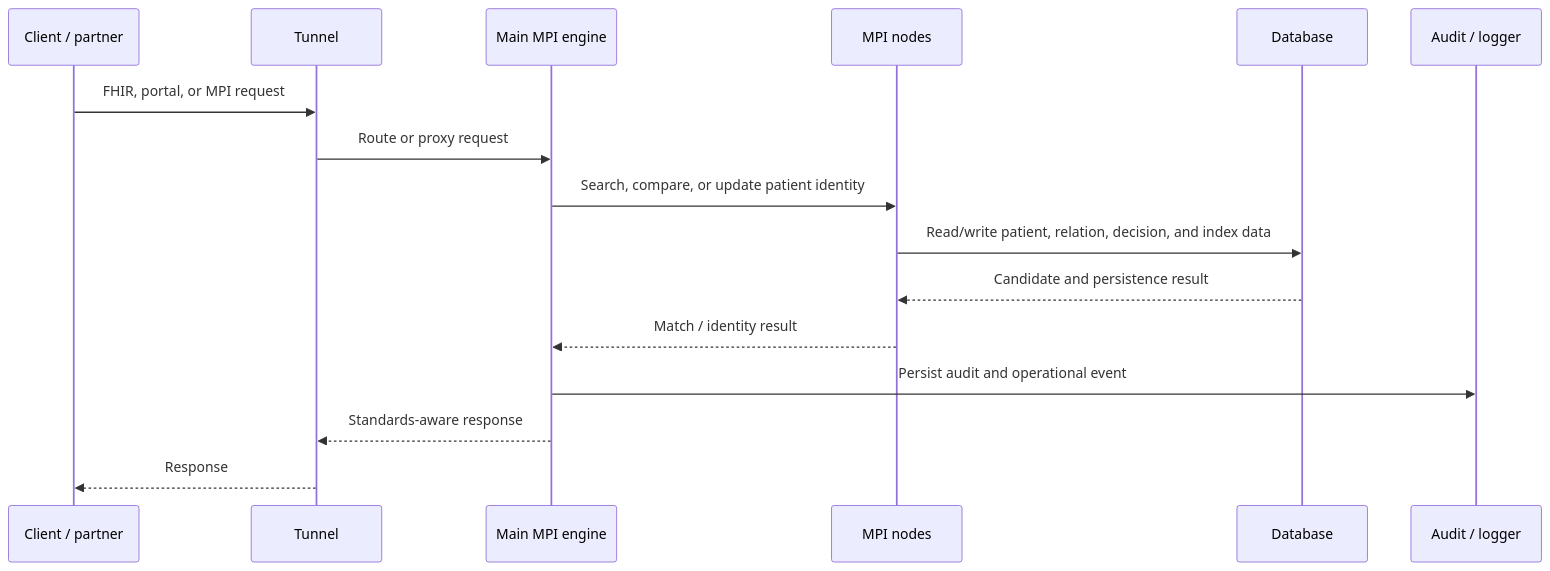
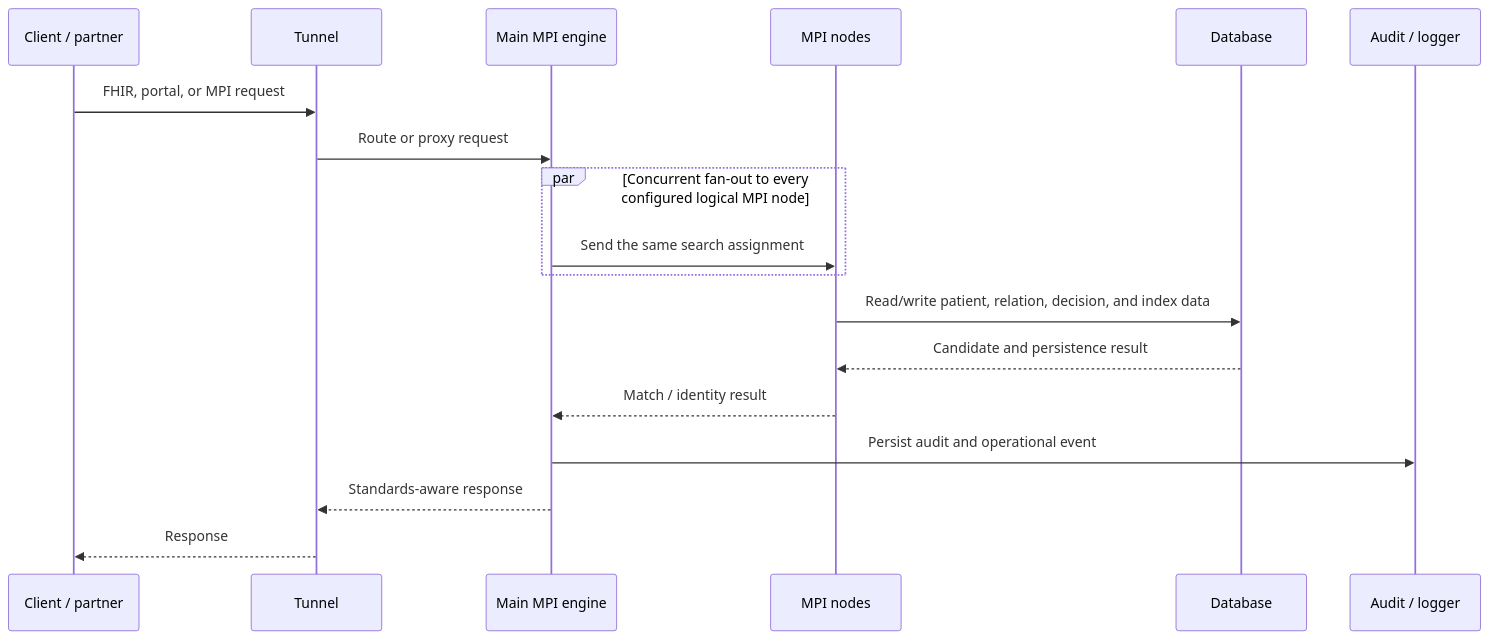
One commit to arnav338/helloworld changed the second of 3 diagrams in MPI-HIE-Presentation-Notes.md. Above: the diagram before and after it, drawn with Mermaid. The commit also changed other lines of this file and 9 other files, not shown here.

````diff
--- a/MPI-HIE-Presentation-Notes.md
+++ b/MPI-HIE-Presentation-Notes.md
@@ -41,19 +41,21 @@
 ```mermaid
 sequenceDiagram
     participant C as Client / partner
     participant T as Tunnel
     participant M as Main MPI engine
     participant N as MPI nodes
     participant D as Database
     participant A as Audit / logger
 
     C->>T: FHIR, portal, or MPI request
     T->>M: Route or proxy request
-    M->>N: Search, compare, or update patient identity
+    par Concurrent fan-out to every configured logical MPI node
+        M->>N: Send the same search assignment
+    end
     N->>D: Read/write patient, relation, decision, and index data
     D-->>N: Candidate and persistence result
     N-->>M: Match / identity result
     M->>A: Persist audit and operational event
     M-->>T: Standards-aware response
     T-->>C: Response
 ```
````
